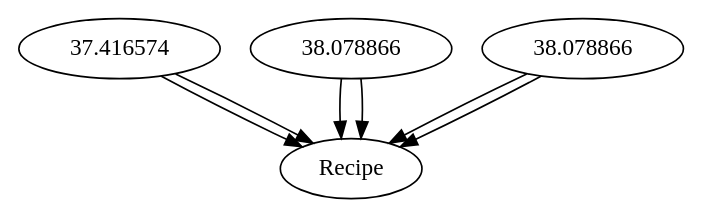
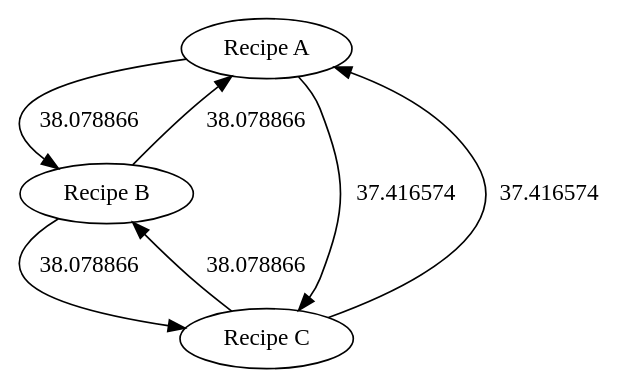
One commit to NestorRubio/PROG.-AVZ.-MINI-PROYECTO---RECETAS changed the diagram in graph.gv. Above: the diagram before and after it, drawn with Graphviz. The commit also changed 2 other files, not shown here.

Commit message:
se modificao la impresion al docmumento para generar un grapho mas legible

```diff
--- a/graph.gv
+++ b/graph.gv
@@ -1,20 +1,8 @@
 digraph G  {
-Recipe A
- -> Recipe B
- [label = "38.078866"];
-Recipe A
- -> Recipe C
- [label = "37.416574"];
-Recipe B
- -> Recipe A
- [label = "38.078866"];
-Recipe B
- -> Recipe C
- [label = "38.078866"];
-Recipe C
- -> Recipe A
- [label = "37.416574"];
-Recipe C
- -> Recipe B
- [label = "38.078866"];
+"Recipe A" -> "Recipe B" [label = "38.078866"];
+"Recipe A" -> "Recipe C" [label = "37.416574"];
+"Recipe B" -> "Recipe A" [label = "38.078866"];
+"Recipe B" -> "Recipe C" [label = "38.078866"];
+"Recipe C" -> "Recipe A" [label = "37.416574"];
+"Recipe C" -> "Recipe B" [label = "38.078866"];
 }
```
